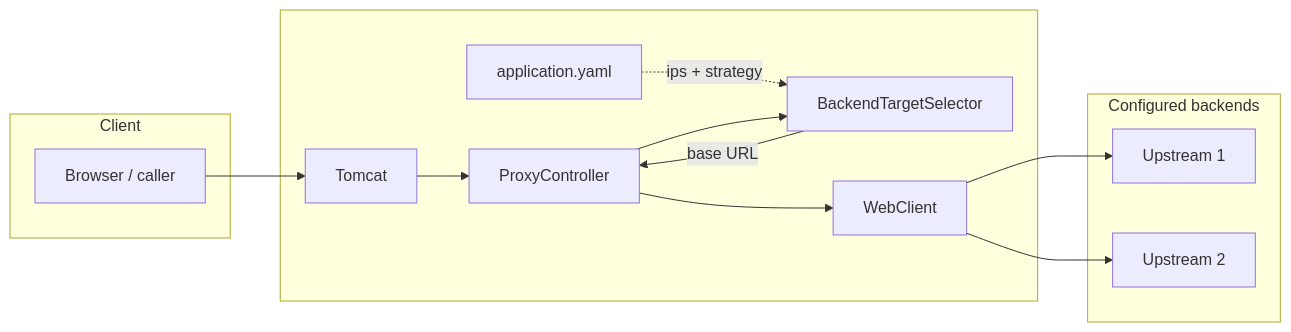
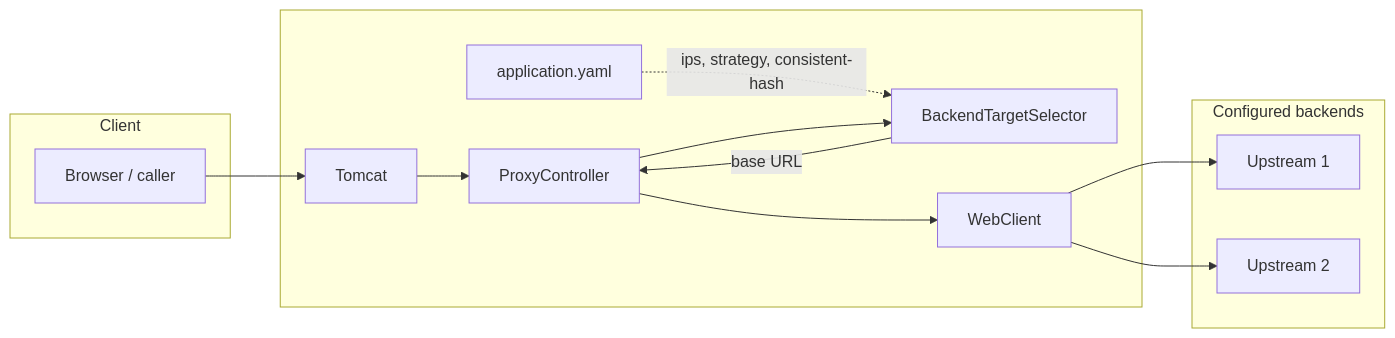
Before and after one commit to EvalVis/rate-limiting: the diagram in loadbalancer/docs/load-balancing.md, drawn with Mermaid. The commit also changed other lines of this file and 5 other files, not shown here.

````diff
--- a/loadbalancer/docs/load-balancing.md
+++ b/loadbalancer/docs/load-balancing.md
@@ -5,25 +5,25 @@
 ```mermaid
 flowchart LR
   subgraph client [Client]
     C[Browser / caller]
   end
   subgraph loadbalancer [ ]
     T[Tomcat]
     S[BackendTargetSelector]
     PC[ProxyController]
     WC[WebClient]
     Y[application.yaml]
   end
   subgraph backends [Configured backends]
     B1[Upstream 1]
     B2[Upstream 2]
   end
   C --> T
   T --> PC
-  Y -.->|ips + strategy| S
+  Y -.->|ips, strategy, consistent-hash| S
   PC --> S
   PC --> WC
   S -->|base URL| PC
   WC --> B1
   WC --> B2
 ```
````
